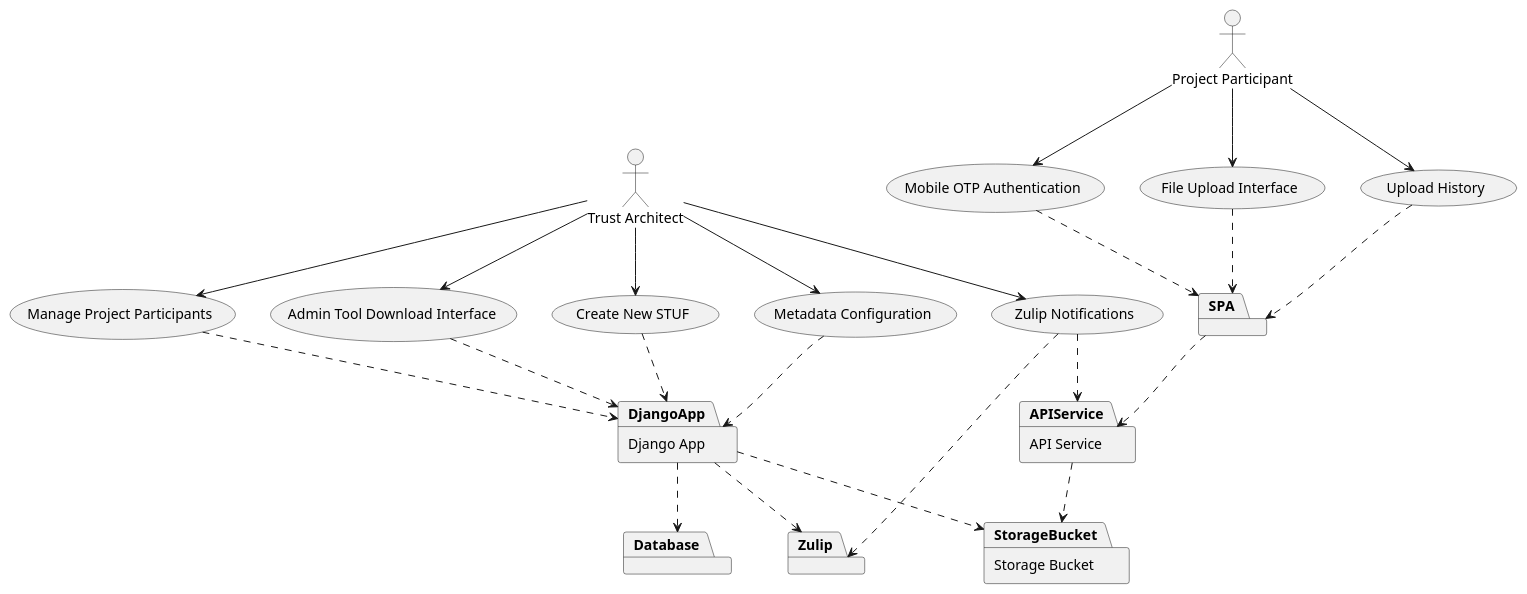
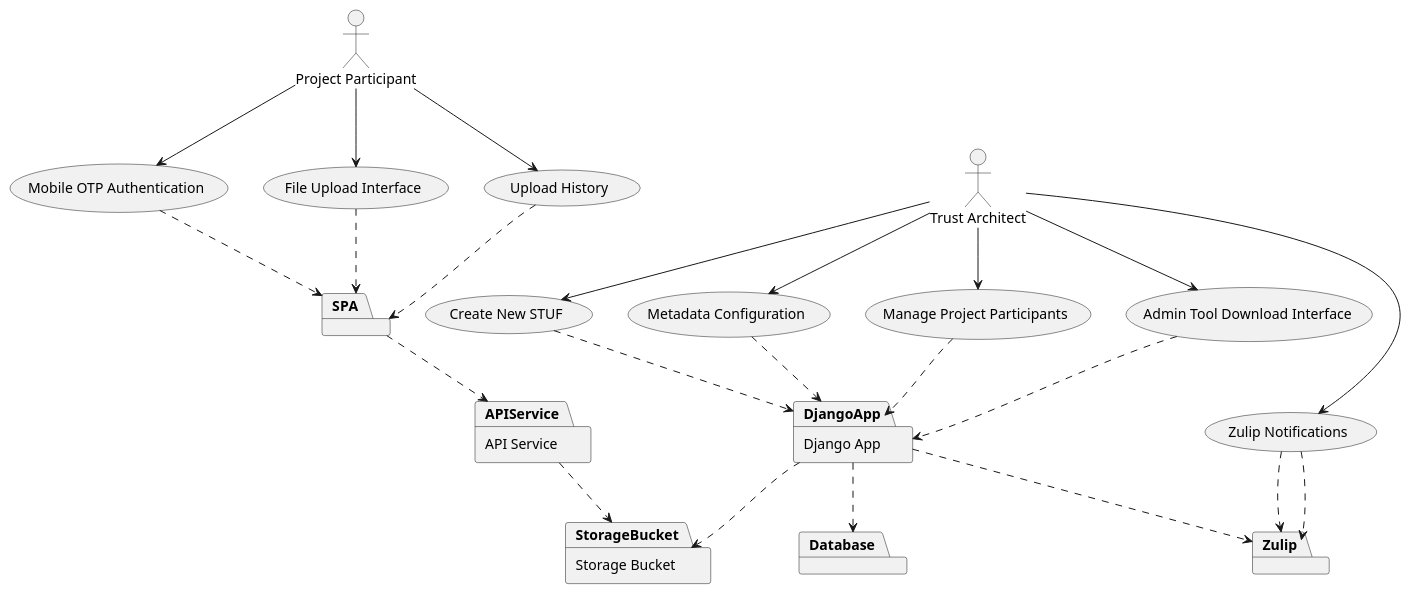
Before and after one commit to pyx-industries/stuf: the diagram in docs/img/stuf_use_case_diagram.puml, drawn with PlantUML.

Commit message:
docs: update use case diagram to show Zulip Notifications depends on Zulip

```diff
--- a/docs/img/stuf_use_case_diagram.puml
+++ b/docs/img/stuf_use_case_diagram.puml
@@ -1,68 +1,68 @@
 @startuml stuf_use_case_diagram
 
 ' Actors
 actor "Trust Architect" as TA
 actor "Project Participant" as PP
 
 ' Components as subsystems
 package "Django App" as DjangoApp {
 }
 
 package "API Service" as APIService {
 }
 
 package "SPA" as SPA {
 }
 
 package "Storage Bucket" as StorageBucket {
 }
 
 package "Database" as Database {
 }
 
 ' Use cases - one per epic
 usecase "Create New STUF" as UC1
 usecase "Mobile OTP Authentication" as UC2
 usecase "Metadata Configuration" as UC3
 usecase "File Upload Interface" as UC4
 usecase "Manage Project Participants" as UC5
 usecase "Admin Tool Download Interface" as UC6
 usecase "Upload History" as UC7
 usecase "Zulip Notifications" as UC8
 
 ' Relationships between actors and use cases
 TA --> UC1
 TA --> UC3
 TA --> UC5
 TA --> UC6
 TA --> UC8
 
 PP --> UC2
 PP --> UC4
 PP --> UC7
 
 ' Component interactions
 UC1 ..> DjangoApp
 UC3 ..> DjangoApp
 UC5 ..> DjangoApp
 UC6 ..> DjangoApp
 
 UC2 ..> SPA
 UC4 ..> SPA
 UC7 ..> SPA
-UC8 ..> APIService
+UC8 ..> Zulip
 
 ' Component dependencies
 DjangoApp ..> Database
 DjangoApp ..> StorageBucket
 
 package "Zulip" as Zulip {
 }
 
 UC8 ..> Zulip
 DjangoApp ..> Zulip
 
 SPA ..> APIService
 APIService ..> StorageBucket
 
 @enduml
```
